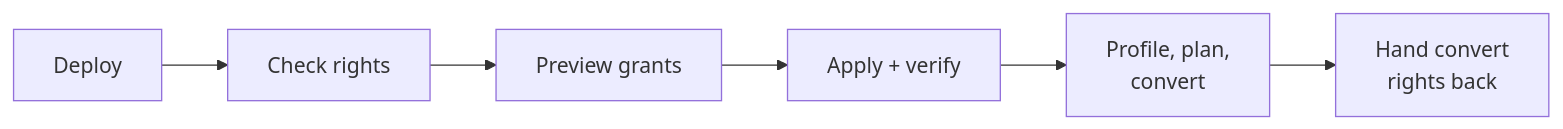
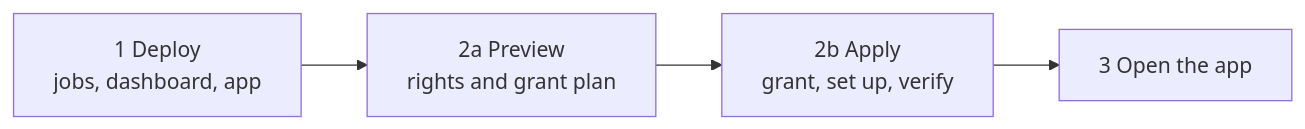
The second of 3 diagrams in README.md (databricks-solutions/managed-table-migration-accelerator), drawn with Mermaid before and after one commit. The commit also changed other lines of this file and 39 other files, not shown here.

````diff
--- a/README.md
+++ b/README.md
@@ -108,5 +99,6 @@
 ```mermaid
 flowchart LR
-  deploy["Deploy"] --> check["Check rights"] --> plan["Preview grants"] --> apply["Apply + verify"]
-  apply --> migrate["Profile, plan,<br/>convert"] --> handback["Hand convert<br/>rights back"]
+  deploy["1 Deploy<br/>jobs, dashboard, app"] --> preview["2a Preview<br/>rights and grant plan"]
+  preview --> apply["2b Apply<br/>grant, set up, verify"]
+  apply --> open["3 Open the app"]
 ```
````
